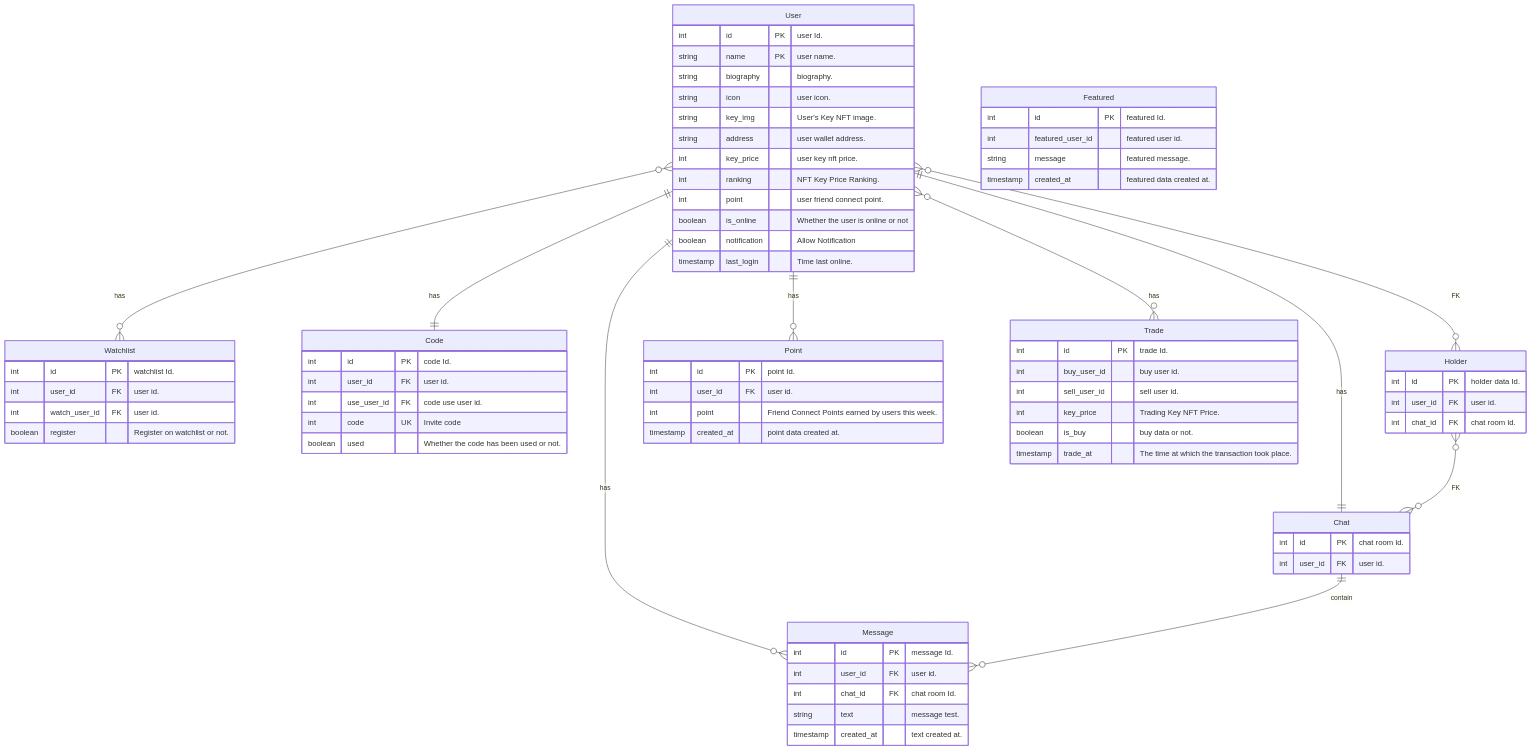
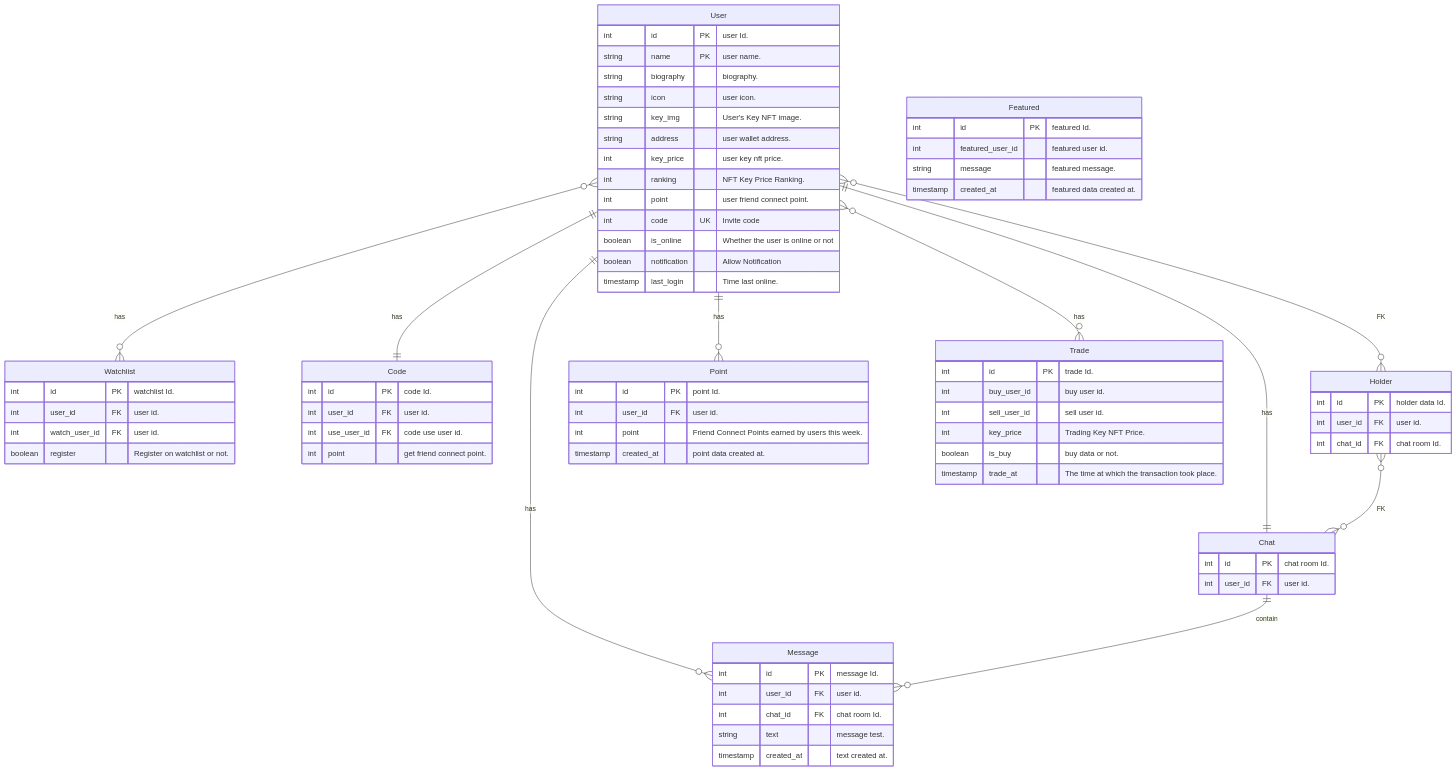
One commit to Timeless-Org/friend-connect changed the diagram in docs/er/er.md. Above: the diagram before and after it, drawn with Mermaid. The commit also changed 18 other files, not shown here.

````diff
--- a/docs/er/er.md
+++ b/docs/er/er.md
@@ -3,75 +3,75 @@
 ```mermaid
 erDiagram
     User {
         int id PK "user Id."
         string name PK "user name."
         string biography "biography."
         string icon "user icon."
         string key_img "User's Key NFT image."
         string address "user wallet address."
         int key_price "user key nft price."
         int ranking "NFT Key Price Ranking."
         int point "user friend connect point."
+        int code UK "Invite code"
         boolean is_online "Whether the user is online or not"
         boolean notification "Allow Notification"
         timestamp last_login "Time last online."
     }
     Watchlist {
         int id PK "watchlist Id."
         int user_id FK "user id."
         int watch_user_id FK "user id."
         boolean register "Register on watchlist or not."
     }
     Code {
         int id PK "code Id."
         int user_id FK "user id."
         int use_user_id FK "code use user id."
-        int code UK "Invite code"
-        boolean used "Whether the code has been used or not."
+        int point "get friend connect point."
     }
     Chat {
         int id PK "chat room Id."
         int user_id FK "user id."
     }
     Message {
         int id PK "message Id."
         int user_id FK "user id."
         int chat_id FK "chat room Id."
         string text "message test."
         timestamp created_at "text created at."
     }
     Holder {
         int id PK "holder data Id."
         int user_id FK "user id."
         int chat_id FK "chat room Id."
     }
     Point {
         int id PK "point Id."
         int user_id FK "user id."
         int point "Friend Connect Points earned by users this week."
         timestamp created_at "point data created at."
     }
     Trade {
         int id PK "trade Id."
         int buy_user_id "buy user id."
         int sell_user_id "sell user id."
         int key_price "Trading Key NFT Price."
         boolean is_buy "buy data or not."
         timestamp trade_at "The time at which the transaction took place."
     }
     Featured {
         int id PK "featured Id."
         int featured_user_id "featured user id."
         string message "featured message."
         timestamp created_at "featured data created at."
     }
     User ||--o{ Point: has
     User ||--|| Code: has
     User ||--|| Chat: has
     User ||--o{ Message: has
     User }o--o{ Trade: has
     User }o--o{ Watchlist: has
     User }o--o{ Holder: FK
     Chat ||--o{ Message: contain
     Holder }o--o{ Chat: FK
 ```
````
